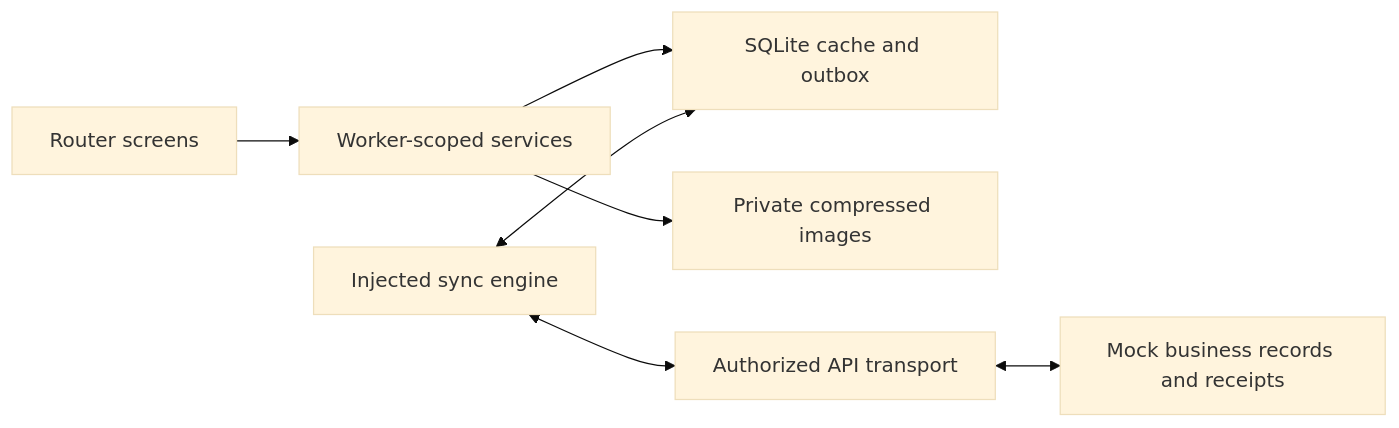
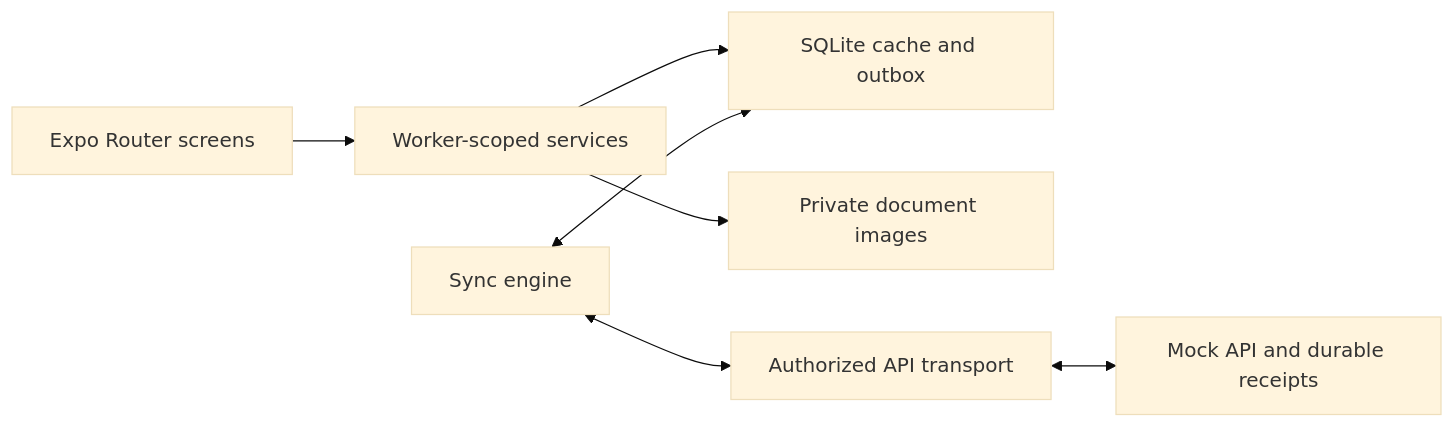
One commit to Xheghun/Temporada changed the diagram in README.md. Above: the diagram before and after it, drawn with Mermaid (base theme). The commit also changed other lines of this file, not shown here.

````diff
--- a/README.md
+++ b/README.md
@@ -68,9 +91,9 @@
 ```mermaid
 flowchart LR
-  Screens[Router screens] --> Services[Worker-scoped services]
+  Screens[Expo Router screens] --> Services[Worker-scoped services]
   Services --> Local[SQLite cache and outbox]
-  Services --> Files[Private compressed images]
-  Engine[Injected sync engine] <--> Local
+  Services --> Files[Private document images]
+  Engine[Sync engine] <--> Local
   Engine <--> API[Authorized API transport]
-  API <--> Server[Mock business records and receipts]
+  API <--> Server[Mock API and durable receipts]
 ```
````
